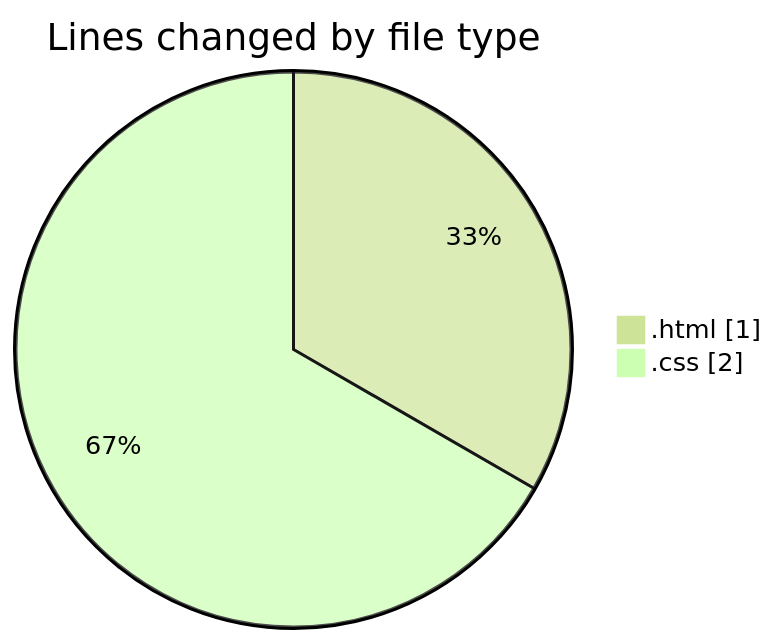
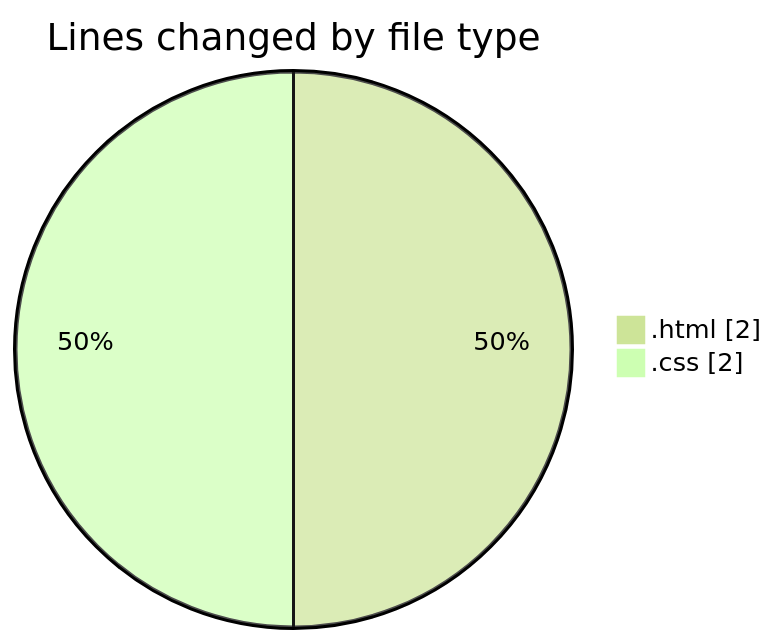
Before and after one commit to IJAZ3593/code-tracking: the first of 2 diagrams in 2025-09-02/cheat_1/README.md, drawn with Mermaid (forest theme). The commit also changed other lines of this file and 1 other file, not shown here.

````diff
--- a/2025-09-02/cheat_1/README.md
+++ b/2025-09-02/cheat_1/README.md
@@ -21,6 +21,6 @@
 ```mermaid
 pie showData
 title Lines changed by file type
-".html" : 1
+".html" : 2
 ".css" : 2
 ```
````
